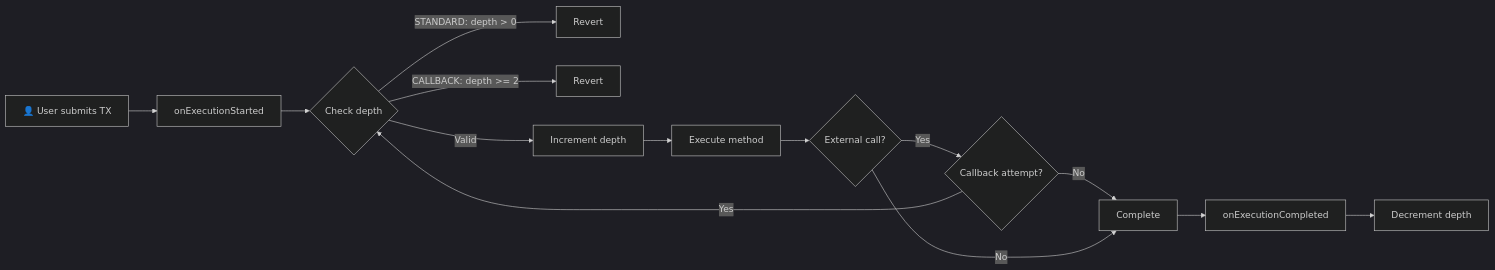
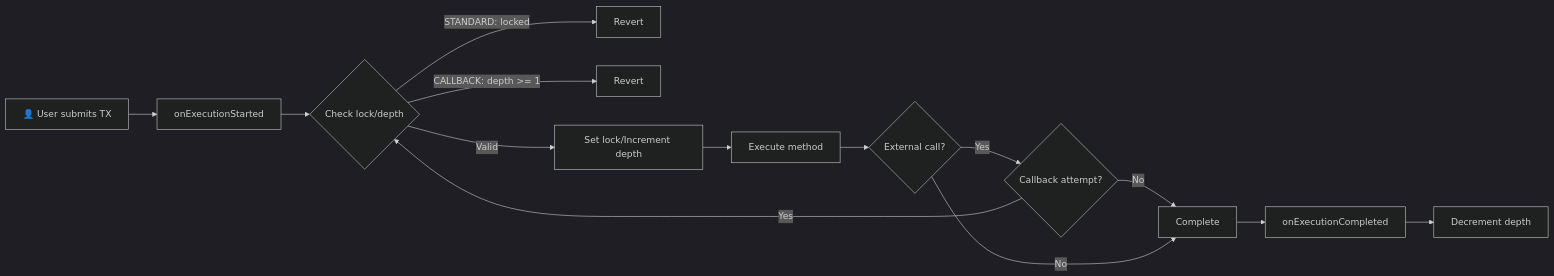
Before and after one commit to btc-vision/btc-runtime: the first of 6 diagrams in docs/contracts/reentrancy-guard.md, drawn with Mermaid. The commit also changed other lines of this file and 30 other files, not shown here.

````diff
--- a/docs/contracts/reentrancy-guard.md
+++ b/docs/contracts/reentrancy-guard.md
@@ -94,20 +94,20 @@
 ```mermaid
 ---
 config:
   theme: dark
 ---
 flowchart LR
     A[👤 User submits TX] --> B[onExecutionStarted]
-    B --> C{Check depth}
-    C -->|STANDARD: depth > 0| D[Revert]
-    C -->|CALLBACK: depth >= 2| E[Revert]
-    C -->|Valid| F[Increment depth]
+    B --> C{Check lock/depth}
+    C -->|STANDARD: locked| D[Revert]
+    C -->|CALLBACK: depth >= 1| E[Revert]
+    C -->|Valid| F[Set lock/Increment depth]
     F --> G[Execute method]
     G --> H{External call?}
     H -->|Yes| I{Callback attempt?}
     I -->|Yes| C
     I -->|No| J[Complete]
     H -->|No| J
     J --> K[onExecutionCompleted]
     K --> L[Decrement depth]
 ```
````
